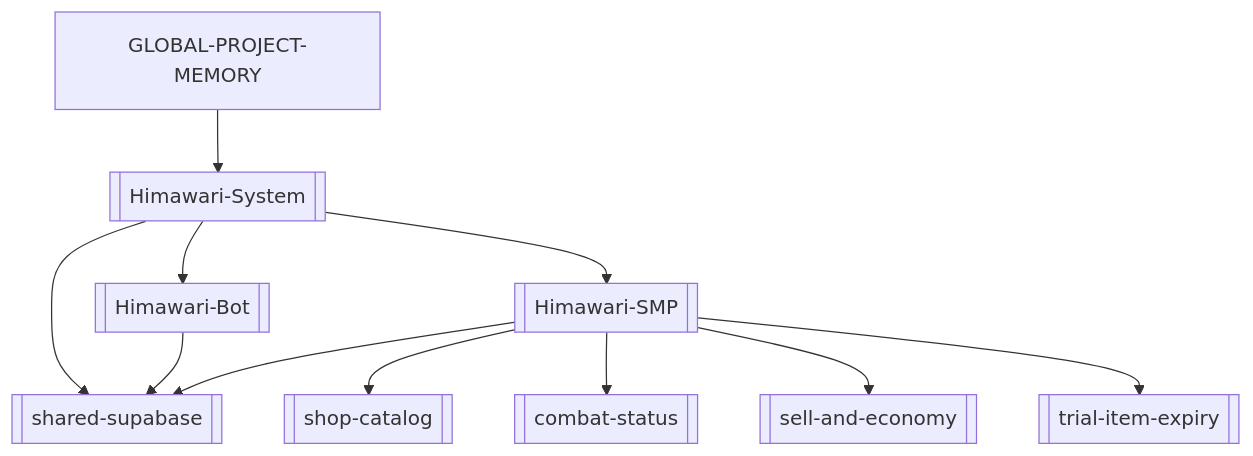
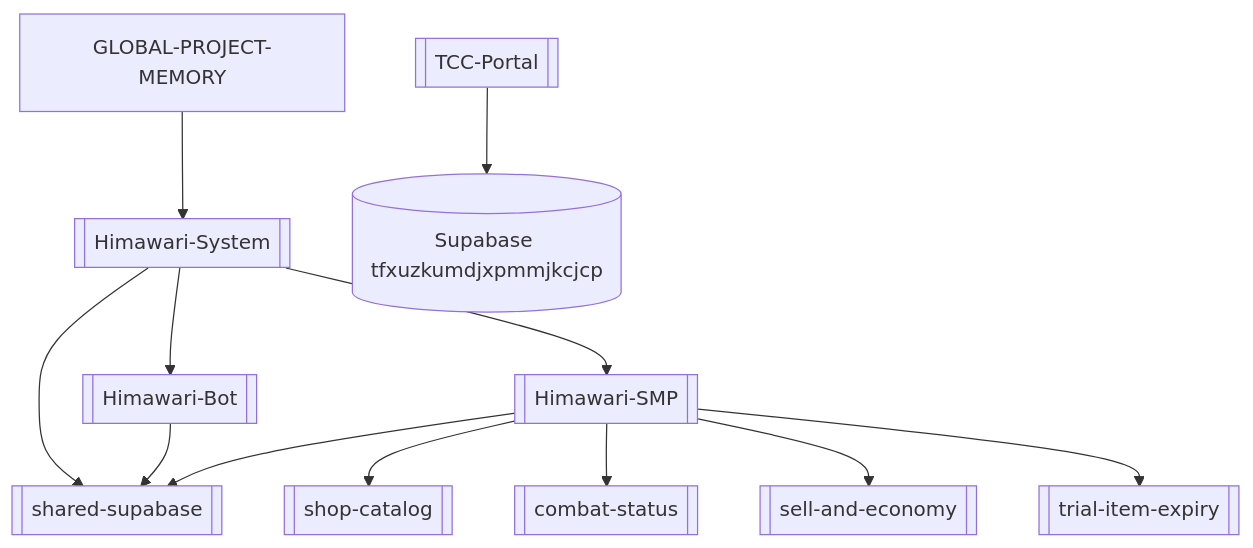
One commit to Woopsyyy/SecondaryBrain changed the diagram in SecondaryBrain/GLOBAL-PROJECT-MEMORY.md. Above: the diagram before and after it, drawn with Mermaid. The commit also changed other lines of this file and 5 other files, not shown here.

````diff
--- a/SecondaryBrain/GLOBAL-PROJECT-MEMORY.md
+++ b/SecondaryBrain/GLOBAL-PROJECT-MEMORY.md
@@ -25,13 +32,14 @@
 ```mermaid
 graph TD
   Global[GLOBAL-PROJECT-MEMORY] --> Sys[[Himawari-System]]
   Sys --> Bot[[Himawari-Bot]]
   Sys --> Mod[[Himawari-SMP]]
   Sys --> Supa[[shared-supabase]]
   Bot --> Supa
   Mod --> Supa
   Mod --> Shop[[shop-catalog]]
   Mod --> Combat[[combat-status]]
   Mod --> Sell[[sell-and-economy]]
   Mod --> Trial[[trial-item-expiry]]
+  TCC[[TCC-Portal]] --> TCCSupa[(Supabase tfxuzkumdjxpmmjkcjcp)]
 ```
````
